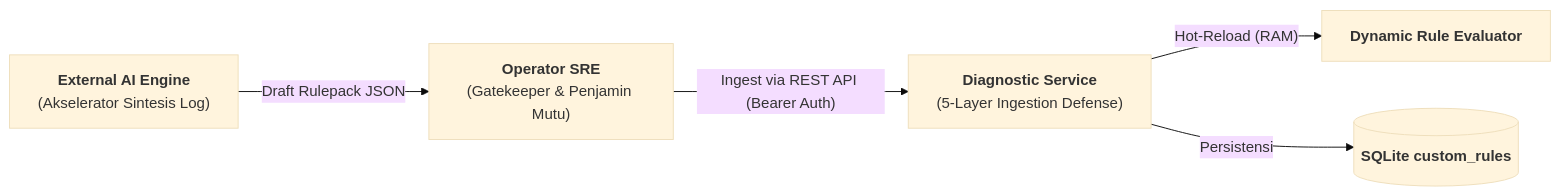
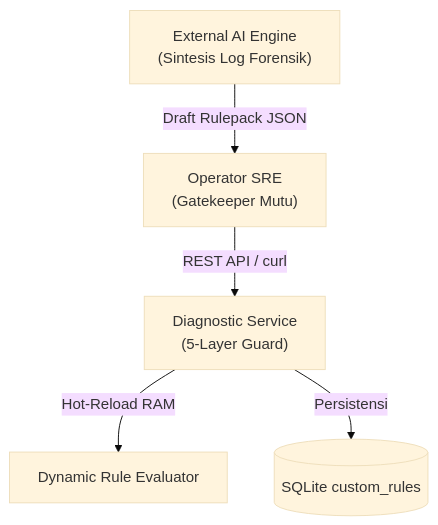
One commit to edkas07-oss/devops-handbook changed the second of 2 diagrams in docs/projects/tomcat-monitoring/faq.md. Above: the diagram before and after it, drawn with Mermaid (base theme). The commit also changed other lines of this file and 1 other file, not shown here.

Commit message:
docs(faq): align FAQ and contract with writing and documentation standards and fix Mermaid node sizing

````diff
--- a/docs/projects/tomcat-monitoring/faq.md
+++ b/docs/projects/tomcat-monitoring/faq.md
@@ -95,7 +96,7 @@
 ```mermaid
-flowchart LR
-    AI["<b>External AI Engine</b><br/>(Akselerator Sintesis Log)"] -->|"Draft Rulepack JSON"| SRE["<b>Operator SRE</b><br/>(Gatekeeper & Penjamin Mutu)"]
-    SRE -->|"Ingest via REST API (Bearer Auth)"| DS["<b>Diagnostic Service</b><br/>(5-Layer Ingestion Defense)"]
-    DS -->|"Hot-Reload (RAM)"| RAM["<b>Dynamic Rule Evaluator</b>"]
-    DS -->|"Persistensi"| SQL[("<b>SQLite custom_rules</b>")]
+flowchart TD
+    AI["External AI Engine<br/>(Sintesis Log Forensik)"] -->|"Draft Rulepack JSON"| SRE["Operator SRE<br/>(Gatekeeper Mutu)"]
+    SRE -->|"REST API / curl"| DS["Diagnostic Service<br/>(5-Layer Guard)"]
+    DS -->|"Hot-Reload RAM"| RAM["Dynamic Rule Evaluator"]
+    DS -->|"Persistensi"| SQL[("SQLite custom_rules")]
 ```
````
